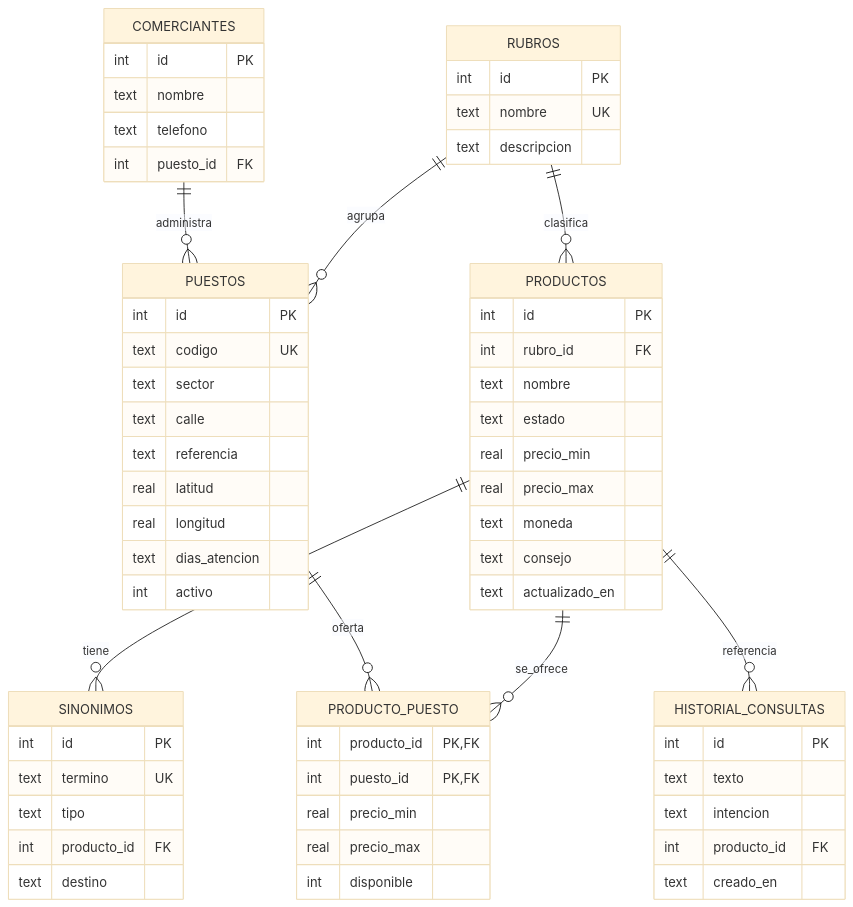
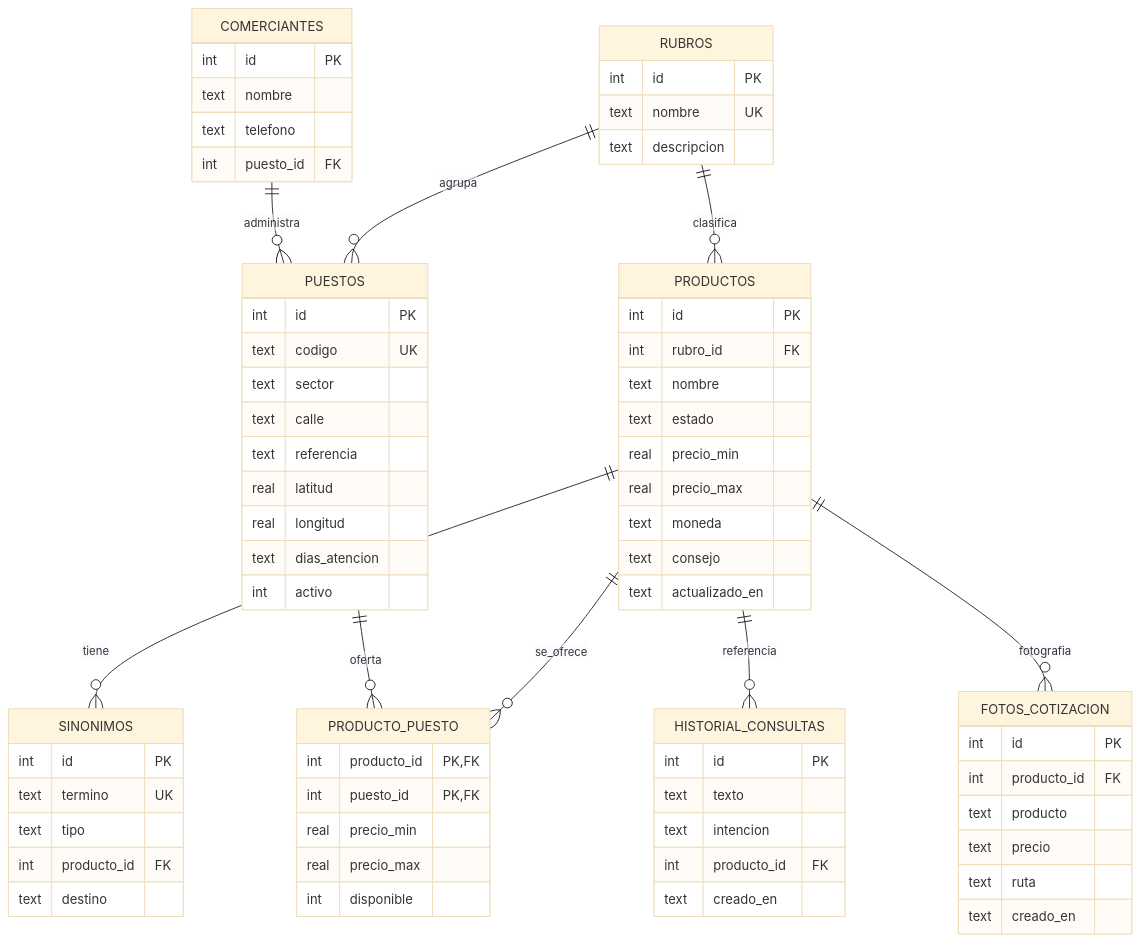
The diagram in docs/03-modelo-datos.md (dmhuanacuni1/feribot-16-julio), drawn with Mermaid (base theme) before and after one commit. The commit also changed other lines of this file and 5 other files, not shown here.

````diff
--- a/docs/03-modelo-datos.md
+++ b/docs/03-modelo-datos.md
@@ -5,65 +5,74 @@
 ```mermaid
 erDiagram
     RUBROS ||--o{ PRODUCTOS : clasifica
     RUBROS ||--o{ PUESTOS : agrupa
     PRODUCTOS ||--o{ PRODUCTO_PUESTO : se_ofrece
     PUESTOS ||--o{ PRODUCTO_PUESTO : oferta
     COMERCIANTES ||--o{ PUESTOS : administra
     PRODUCTOS ||--o{ SINONIMOS : tiene
     PRODUCTOS ||--o{ HISTORIAL_CONSULTAS : referencia
+    PRODUCTOS ||--o{ FOTOS_COTIZACION : fotografia
 
     RUBROS {
         int id PK
         text nombre UK
         text descripcion
     }
     PRODUCTOS {
         int id PK
         int rubro_id FK
         text nombre
         text estado
         real precio_min
         real precio_max
         text moneda
         text consejo
         text actualizado_en
     }
     PUESTOS {
         int id PK
         text codigo UK
         text sector
         text calle
         text referencia
         real latitud
         real longitud
         text dias_atencion
         int activo
     }
     COMERCIANTES {
         int id PK
         text nombre
         text telefono
         int puesto_id FK
     }
     PRODUCTO_PUESTO {
         int producto_id PK,FK
         int puesto_id PK,FK
         real precio_min
         real precio_max
         int disponible
     }
     SINONIMOS {
         int id PK
         text termino UK
         text tipo
         int producto_id FK
         text destino
     }
     HISTORIAL_CONSULTAS {
         int id PK
         text texto
         text intencion
         int producto_id FK
         text creado_en
     }
+    FOTOS_COTIZACION {
+        int id PK
+        int producto_id FK
+        text producto
+        text precio
+        text ruta
+        text creado_en
+    }
 ```
````
